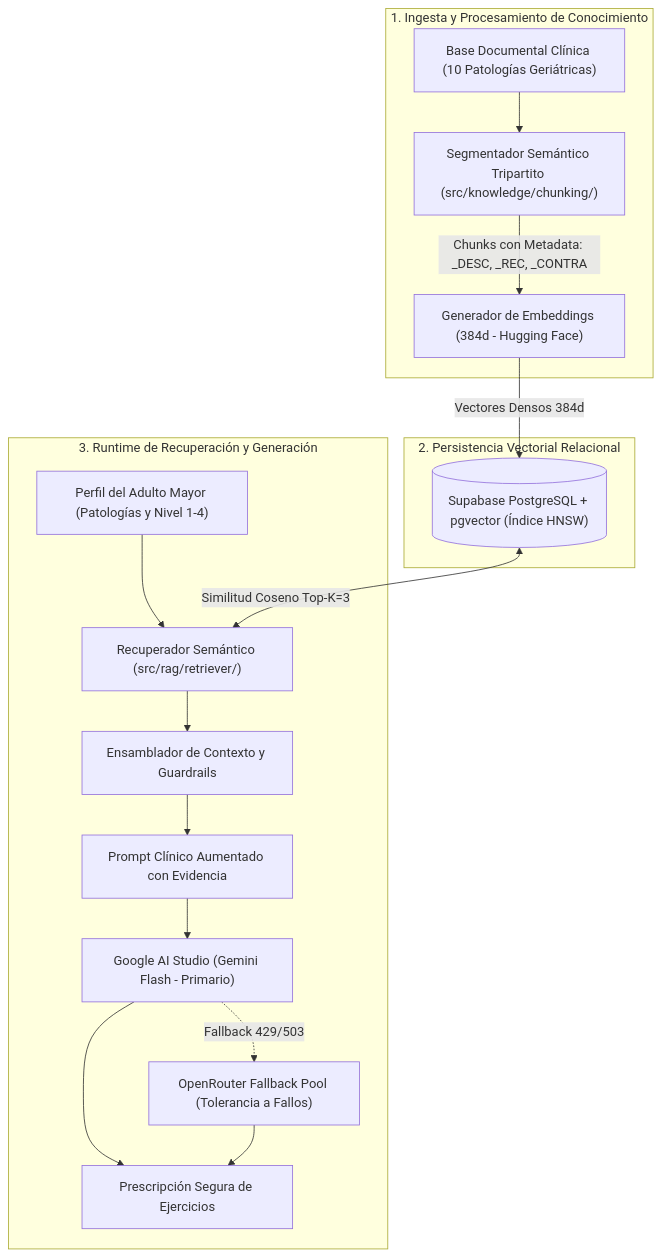
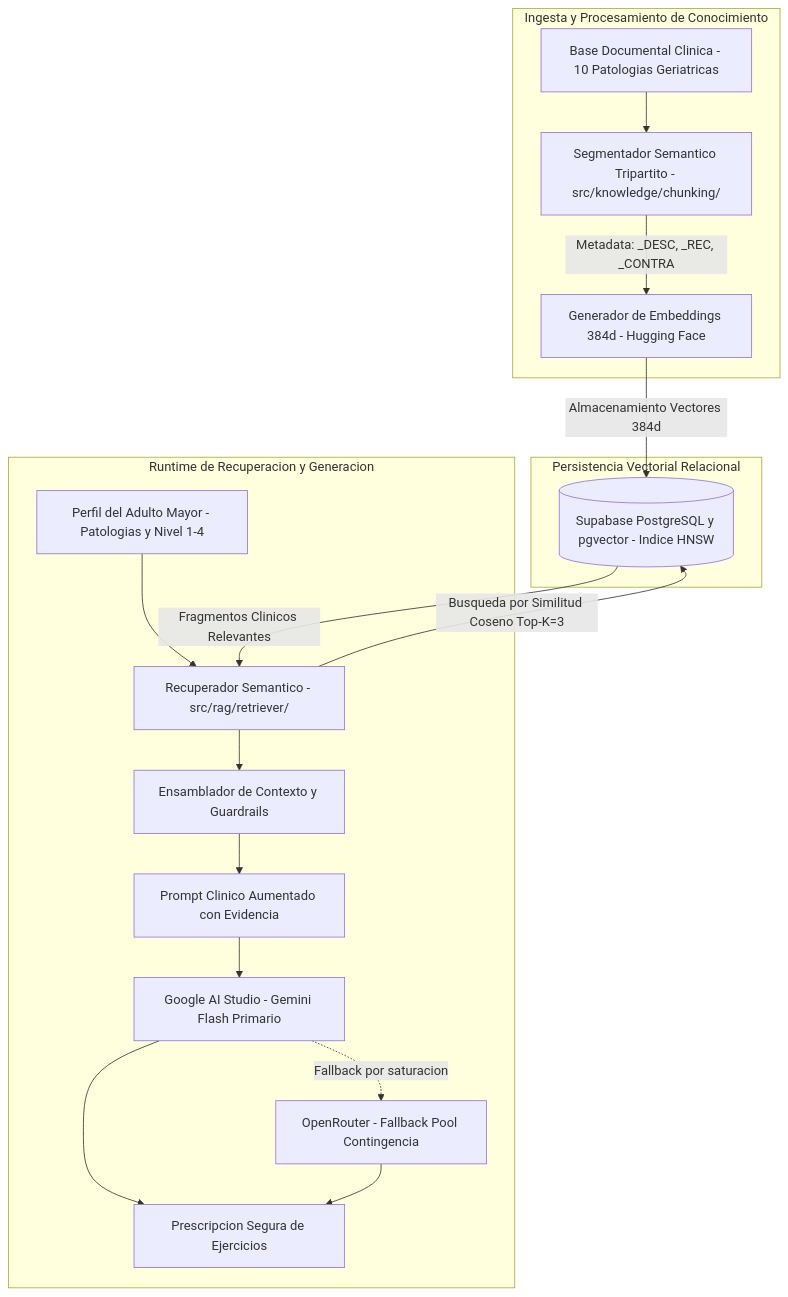
Before and after one commit to danielsanchez040601-byte/SeniorVital---Backend-API: the diagram in README.md, drawn with Mermaid.

Commit message:
fix(readme): optimize Mermaid diagram syntax for GitHub native rendering in Sprint 1

````diff
--- a/README.md
+++ b/README.md
@@ -54,35 +54,38 @@
 ```mermaid
 flowchart TD
-    subgraph Ingesta_Knowledge [1. Ingesta y Procesamiento de Conocimiento]
-        Doc["Base Documental Clínica (10 Patologías Geriátricas)"]
-        Chunker["Segmentador Semántico Tripartito (src/knowledge/chunking/)"]
-        HF_Embed["Generador de Embeddings (384d - Hugging Face)"]
+    subgraph Ingesta_Knowledge [Ingesta y Procesamiento de Conocimiento]
+        Doc["Base Documental Clinica - 10 Patologias Geriatricas"]
+        Chunker["Segmentador Semantico Tripartito - src/knowledge/chunking/"]
+        HF_Embed["Generador de Embeddings 384d - Hugging Face"]
         
         Doc --> Chunker
-        Chunker -->|Chunks con Metadata: _DESC, _REC, _CONTRA| HF_Embed
+        Chunker -->|Metadata: _DESC, _REC, _CONTRA| HF_Embed
     end
 
-    subgraph Vector_Storage [2. Persistencia Vectorial Relacional]
-        PGV[("Supabase PostgreSQL + pgvector (Índice HNSW)")]
-        HF_Embed -->|Vectores Densos 384d| PGV
+    subgraph Vector_Storage [Persistencia Vectorial Relacional]
+        PGV[("Supabase PostgreSQL y pgvector - Indice HNSW")]
     end
 
-    subgraph RAG_Runtime [3. Runtime de Recuperación y Generación]
-        Query["Perfil del Adulto Mayor (Patologías y Nivel 1-4)"]
-        Retriever["Recuperador Semántico (src/rag/retriever/)"]
+    subgraph RAG_Runtime [Runtime de Recuperacion y Generacion]
+        Query["Perfil del Adulto Mayor - Patologias y Nivel 1-4"]
+        Retriever["Recuperador Semantico - src/rag/retriever/"]
         Context["Ensamblador de Contexto y Guardrails"]
-        Prompt["Prompt Clínico Aumentado con Evidencia"]
+        Prompt["Prompt Clinico Aumentado con Evidencia"]
         
-        LLM_Primary["Google AI Studio (Gemini Flash - Primario)"]
-        LLM_Fallback["OpenRouter Fallback Pool (Tolerancia a Fallos)"]
+        LLM_Primary["Google AI Studio - Gemini Flash Primario"]
+        LLM_Fallback["OpenRouter - Fallback Pool Contingencia"]
+        Response["Prescripcion Segura de Ejercicios"]
         
         Query --> Retriever
-        PGV <-->|Similitud Coseno Top-K=3| Retriever
         Retriever --> Context
         Context --> Prompt
         Prompt --> LLM_Primary
-        LLM_Primary -.->|Fallback 429/503| LLM_Fallback
-        LLM_Primary --> Response["Prescripción Segura de Ejercicios"]
+        LLM_Primary -.->|Fallback por saturacion| LLM_Fallback
+        LLM_Primary --> Response
         LLM_Fallback --> Response
     end
+
+    HF_Embed -->|Almacenamiento Vectores 384d| PGV
+    Retriever -->|Busqueda por Similitud Coseno Top-K=3| PGV
+    PGV -->|Fragmentos Clinicos Relevantes| Retriever
 ```
````
